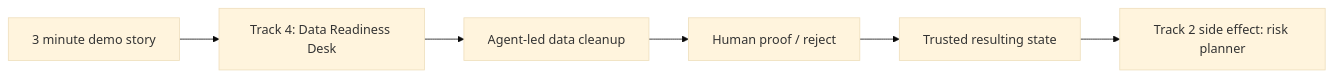
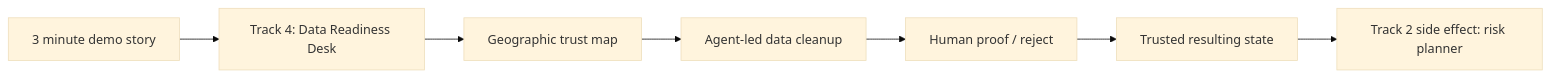
The first of 9 diagrams in BUILD.MD (motobob/dbx_hack_doctors), drawn with Mermaid (base theme) before and after one commit. The commit also changed other lines of this file and 26 other files, not shown here.

````diff
--- a/BUILD.MD
+++ b/BUILD.MD
@@ -23,8 +26,9 @@
 ```mermaid
 flowchart LR
   story[3 minute demo story] --> track4[Track 4: Data Readiness Desk]
-  track4 --> agents[Agent-led data cleanup]
+  track4 --> heatmap[Geographic trust map]
+  heatmap --> agents[Agent-led data cleanup]
   agents --> review[Human proof / reject]
   review --> result[Trusted resulting state]
   result --> track2[Track 2 side effect: risk planner]
 ```
````
